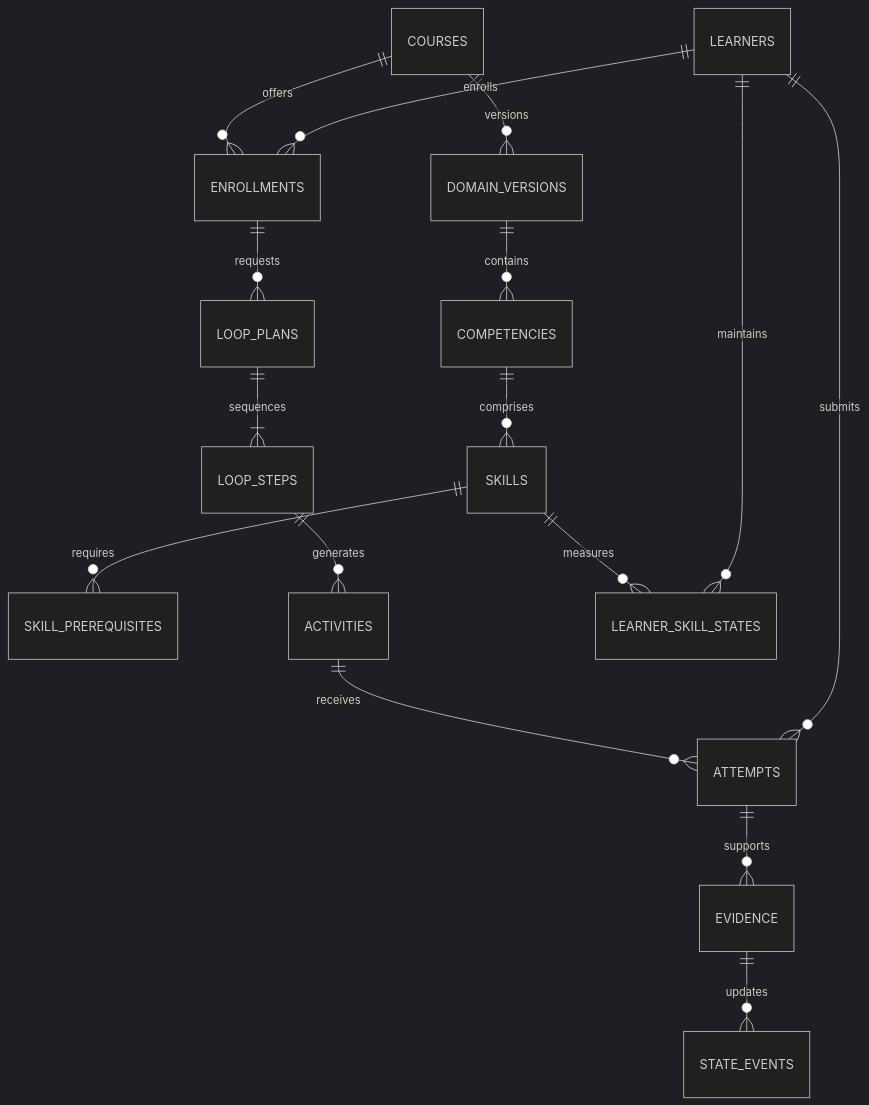
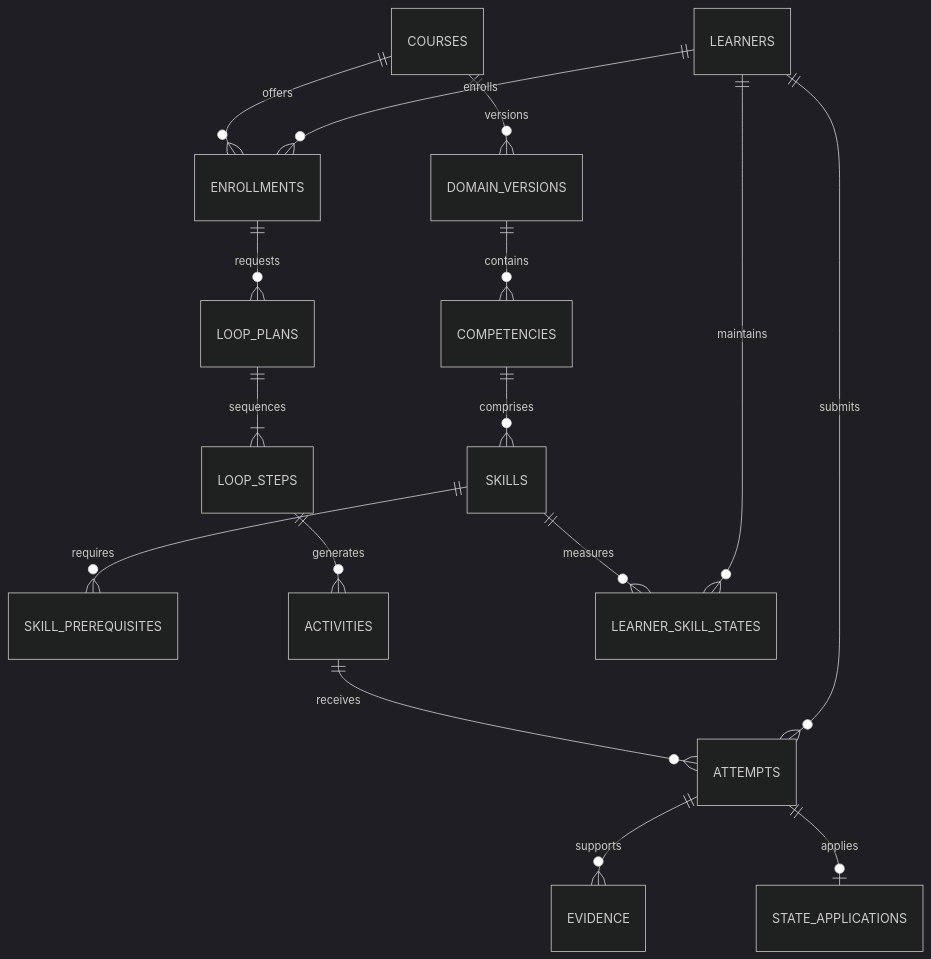
One commit to sidsingh1809/learning-loop-engine changed the diagram in docs/03-schema.md. Above: the diagram before and after it, drawn with Mermaid (dark theme). The commit also changed other lines of this file and 28 other files, not shown here.

````diff
--- a/docs/03-schema.md
+++ b/docs/03-schema.md
@@ -106,18 +116,18 @@
 ```mermaid
 erDiagram
     COURSES ||--o{ DOMAIN_VERSIONS : versions
     DOMAIN_VERSIONS ||--o{ COMPETENCIES : contains
     COMPETENCIES ||--o{ SKILLS : comprises
     SKILLS ||--o{ SKILL_PREREQUISITES : requires
     LEARNERS ||--o{ ENROLLMENTS : enrolls
     COURSES ||--o{ ENROLLMENTS : offers
     ENROLLMENTS ||--o{ LOOP_PLANS : requests
     LOOP_PLANS ||--|{ LOOP_STEPS : sequences
     LOOP_STEPS ||--o{ ACTIVITIES : generates
     LEARNERS ||--o{ ATTEMPTS : submits
     ACTIVITIES ||--o{ ATTEMPTS : receives
     ATTEMPTS ||--o{ EVIDENCE : supports
-    EVIDENCE ||--o{ STATE_EVENTS : updates
+    ATTEMPTS ||--o| STATE_APPLICATIONS : applies
     LEARNERS ||--o{ LEARNER_SKILL_STATES : maintains
     SKILLS ||--o{ LEARNER_SKILL_STATES : measures
 ```
````
